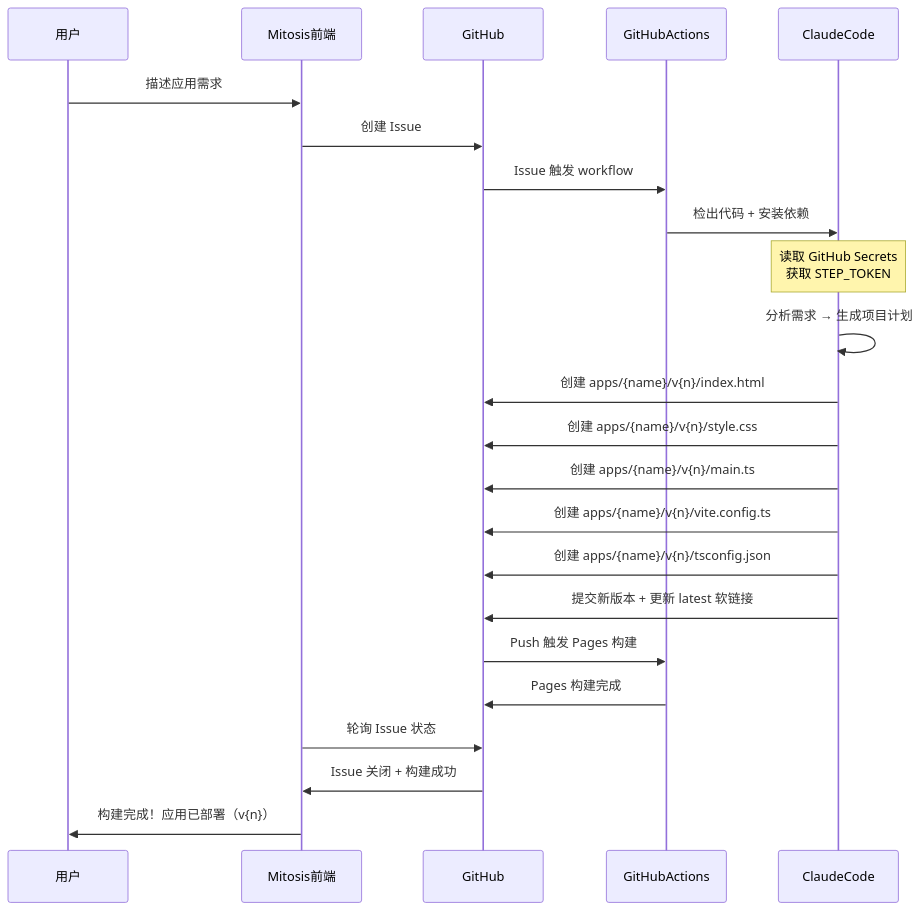
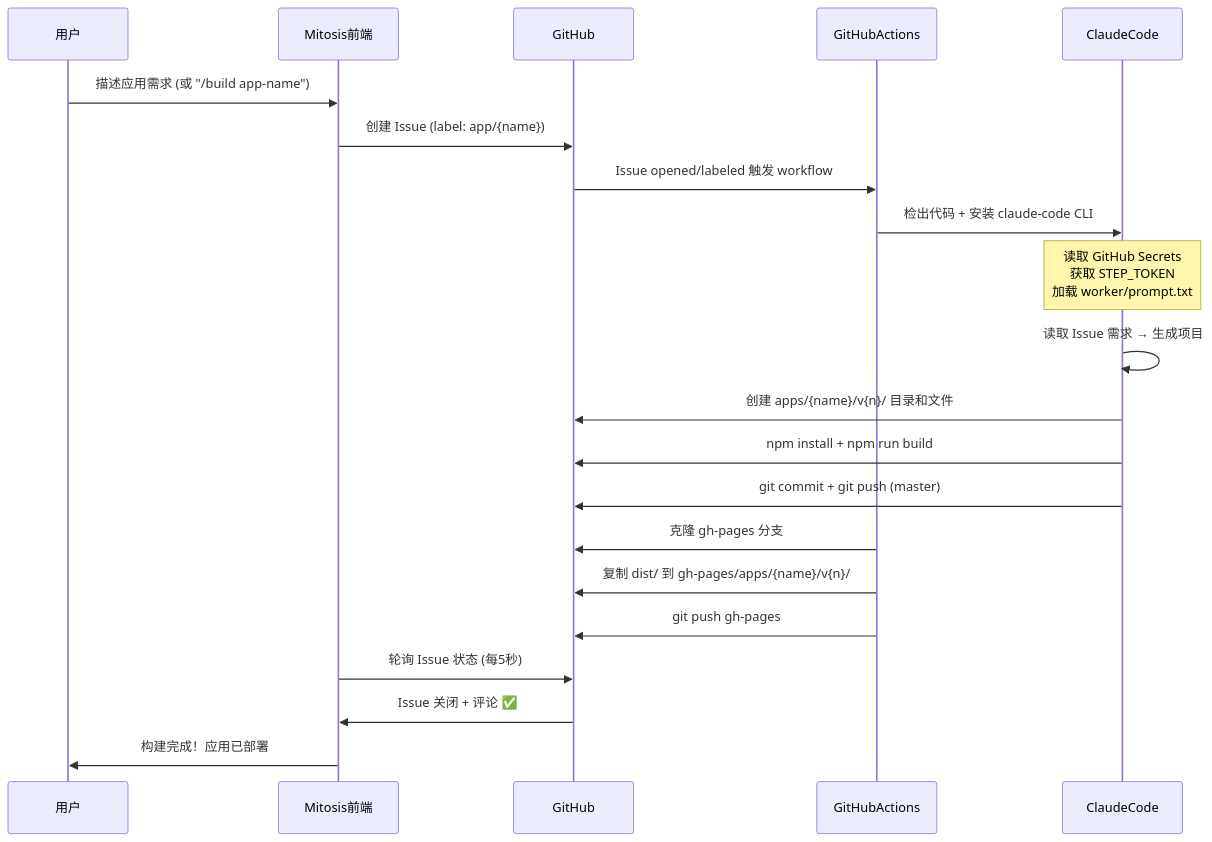
One commit to zenHeart/mitosis changed the fourth of 5 diagrams in README.md. Above: the diagram before and after it, drawn with Mermaid. The commit also changed other lines of this file and 3 other files, not shown here.

First line of the commit message:
fix: simplify commit step, use main repo instead of sub-repo

````diff
--- a/README.md
+++ b/README.md
@@ -321,30 +359,28 @@
 ```mermaid
 sequenceDiagram
     participant 用户
     participant Mitosis前端
     participant GitHub
     participant GitHubActions
     participant ClaudeCode
 
-    用户->>Mitosis前端: 描述应用需求
-    Mitosis前端->>GitHub: 创建 Issue
-    GitHub->>GitHubActions: Issue 触发 workflow
-    GitHubActions->>ClaudeCode: 检出代码 + 安装依赖
+    用户->>Mitosis前端: 描述应用需求 (或 "/build app-name")
+    Mitosis前端->>GitHub: 创建 Issue (label: app/{name})
+    GitHub->>GitHubActions: Issue opened/labeled 触发 workflow
+    GitHubActions->>ClaudeCode: 检出代码 + 安装 claude-code CLI
 
-    Note over ClaudeCode: 读取 GitHub Secrets<br/>获取 STEP_TOKEN
+    Note over ClaudeCode: 读取 GitHub Secrets<br/>获取 STEP_TOKEN<br/>加载 worker/prompt.txt
 
-    ClaudeCode->>ClaudeCode: 分析需求 → 生成项目计划
-    ClaudeCode->>GitHub: 创建 apps/{name}/v{n}/index.html
-    ClaudeCode->>GitHub: 创建 apps/{name}/v{n}/style.css
-    ClaudeCode->>GitHub: 创建 apps/{name}/v{n}/main.ts
-    ClaudeCode->>GitHub: 创建 apps/{name}/v{n}/vite.config.ts
-    ClaudeCode->>GitHub: 创建 apps/{name}/v{n}/tsconfig.json
-    ClaudeCode->>GitHub: 提交新版本 + 更新 latest 软链接
+    ClaudeCode->>ClaudeCode: 读取 Issue 需求 → 生成项目
+    ClaudeCode->>GitHub: 创建 apps/{name}/v{n}/ 目录和文件
+    ClaudeCode->>GitHub: npm install + npm run build
+    ClaudeCode->>GitHub: git commit + git push (master)
 
-    GitHub->>GitHubActions: Push 触发 Pages 构建
-    GitHubActions->>GitHub: Pages 构建完成
+    GitHubActions->>GitHub: 克隆 gh-pages 分支
+    GitHubActions->>GitHub: 复制 dist/ 到 gh-pages/apps/{name}/v{n}/
+    GitHubActions->>GitHub: git push gh-pages
 
-    Mitosis前端->>GitHub: 轮询 Issue 状态
-    GitHub->>Mitosis前端: Issue 关闭 + 构建成功
-    Mitosis前端->>用户: 构建完成！应用已部署（v{n}）
+    Mitosis前端->>GitHub: 轮询 Issue 状态 (每5秒)
+    GitHub->>Mitosis前端: Issue 关闭 + 评论 ✅
+    Mitosis前端->>用户: 构建完成！应用已部署
 ```
````
